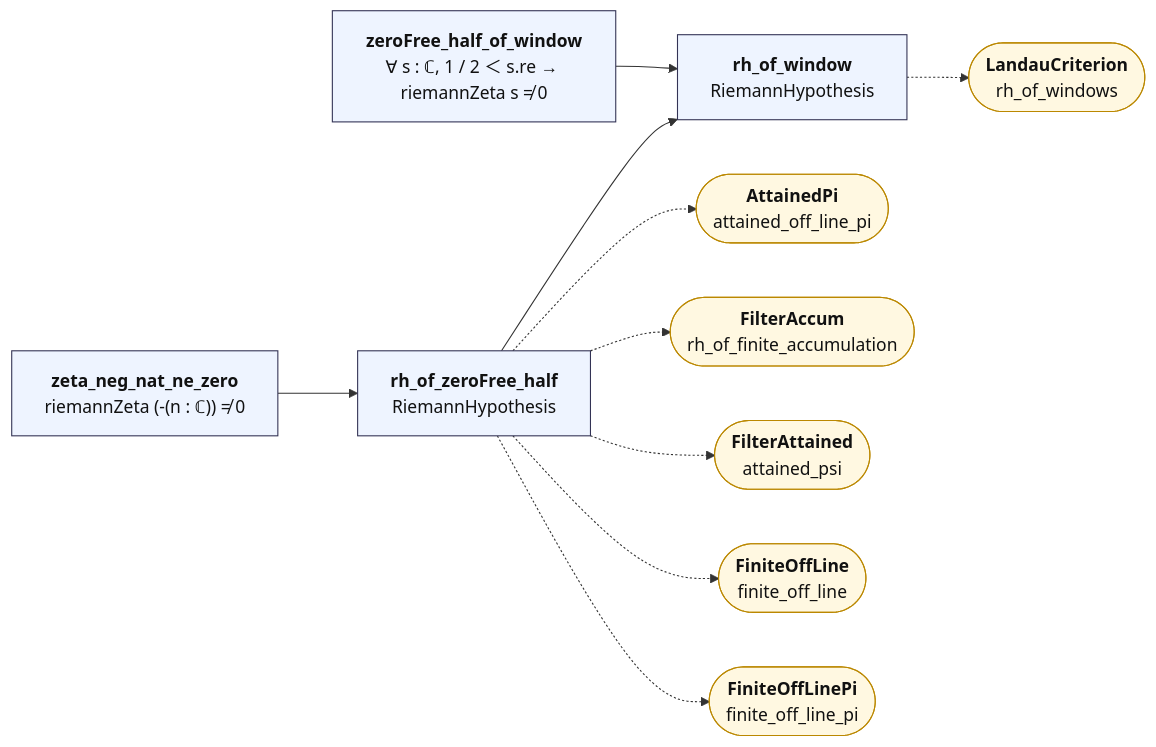
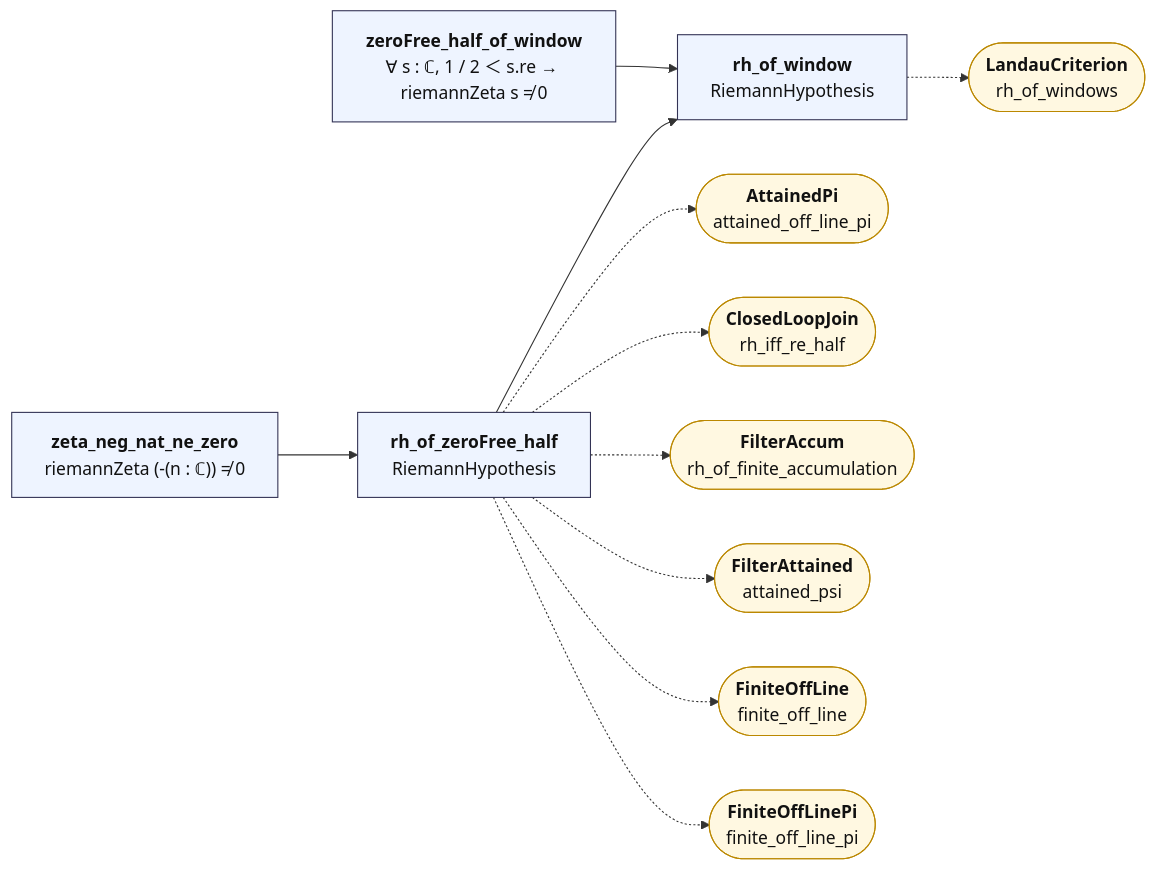
The diagram in map/lean_stage3/LandauWindow.mmd (juliansambranojr/Primebeat_081426), drawn with Mermaid before and after one commit. The commit also changed 28 other files, not shown here.

```diff
--- a/map/lean_stage3/LandauWindow.mmd
+++ b/map/lean_stage3/LandauWindow.mmd
@@ -1,28 +1,30 @@
 flowchart LR
   n0["<b>zeta_neg_nat_ne_zero</b><br/>riemannZeta (-(n : ℂ)) ≠ 0"]:::thm
   n1["<b>rh_of_zeroFree_half</b><br/>RiemannHypothesis"]:::thm
   n2["<b>zeroFree_half_of_window</b><br/>∀ s : ℂ, 1 / 2 ＜ s.re → riemannZeta s ≠ 0"]:::thm
   n3["<b>rh_of_window</b><br/>RiemannHypothesis"]:::thm
   x0(["<b>AttainedPi</b><br/>attained_off_line_pi"]):::ext
-  x1(["<b>FilterAccum</b><br/>rh_of_finite_accumulation"]):::ext
-  x2(["<b>FilterAttained</b><br/>attained_psi"]):::ext
-  x3(["<b>FiniteOffLine</b><br/>finite_off_line"]):::ext
-  x4(["<b>FiniteOffLinePi</b><br/>finite_off_line_pi"]):::ext
-  x5(["<b>LandauCriterion</b><br/>rh_of_windows"]):::ext
+  x1(["<b>ClosedLoopJoin</b><br/>rh_iff_re_half"]):::ext
+  x2(["<b>FilterAccum</b><br/>rh_of_finite_accumulation"]):::ext
+  x3(["<b>FilterAttained</b><br/>attained_psi"]):::ext
+  x4(["<b>FiniteOffLine</b><br/>finite_off_line"]):::ext
+  x5(["<b>FiniteOffLinePi</b><br/>finite_off_line_pi"]):::ext
+  x6(["<b>LandauCriterion</b><br/>rh_of_windows"]):::ext
   n0 --> n1
   n1 --> n3
   n2 --> n3
   n1 -.-> x0
   n1 -.-> x1
   n1 -.-> x2
   n1 -.-> x3
   n1 -.-> x4
-  n3 -.-> x5
+  n1 -.-> x5
+  n3 -.-> x6
   classDef cnt fill:#dff5ec,stroke:#17694a,color:#111
   classDef shp fill:#f1ecfb,stroke:#5b3fa0,color:#111
   classDef rh fill:#ffe5e5,stroke:#c22,color:#111,stroke-width:2px
   classDef thm fill:#eef4ff,stroke:#335,color:#111
   classDef end_ fill:#e7f7e7,stroke:#2a7,color:#111,stroke-width:2px
   classDef lone fill:#fff,stroke:#999,color:#111,stroke-dasharray:4 3
   classDef bad fill:#ffe5e5,stroke:#c22,color:#111,stroke-width:2px
   classDef ext fill:#fff8e1,stroke:#b80,color:#111
```
